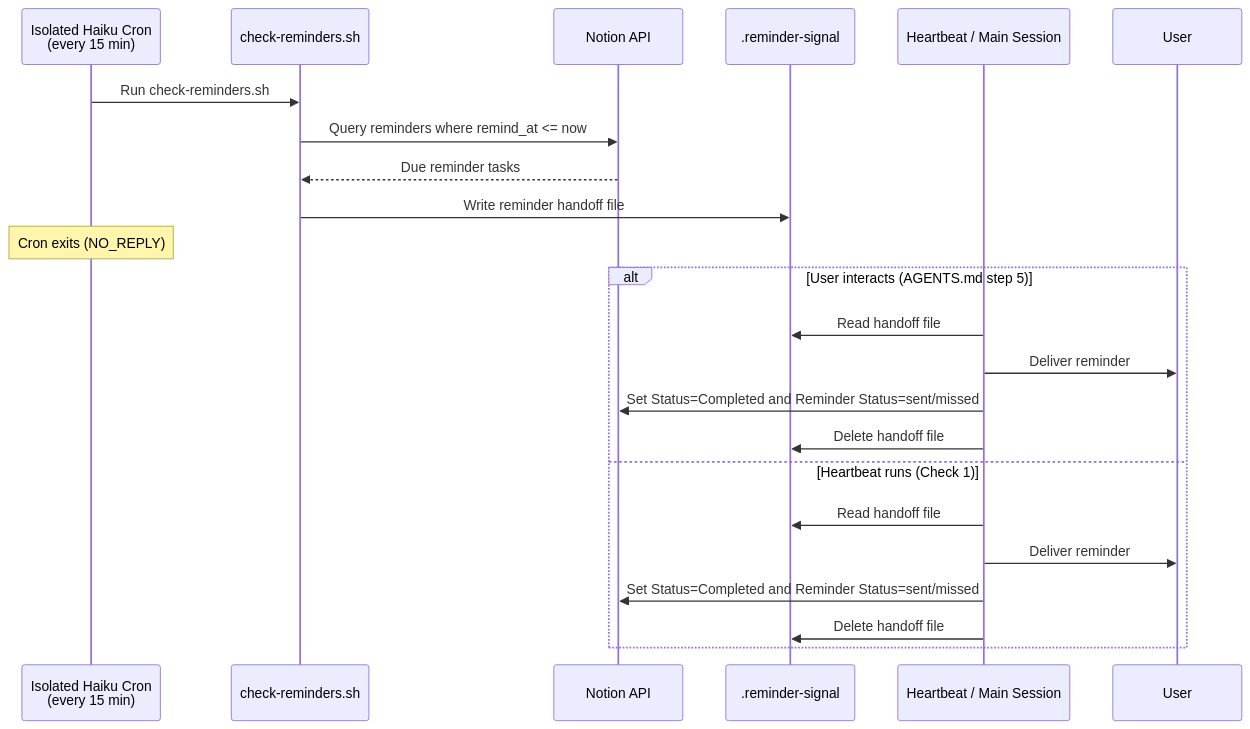
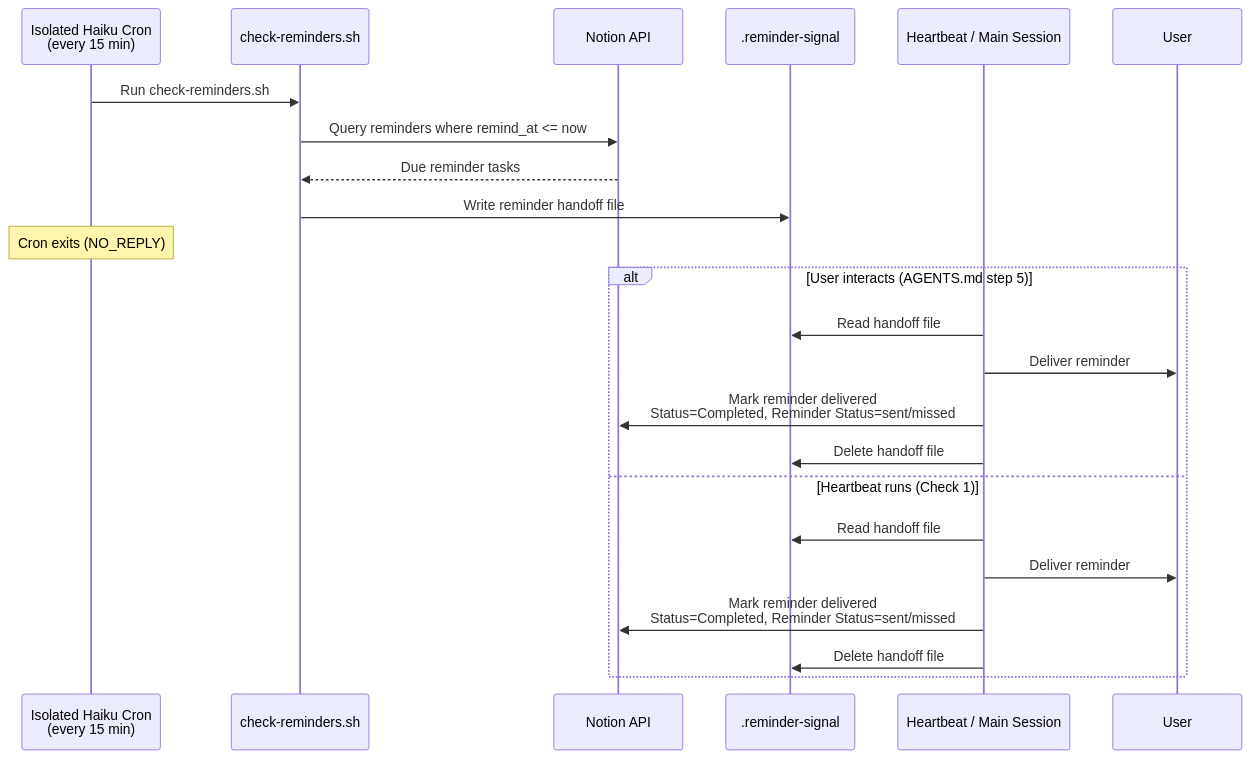
Before and after one commit to NickBorgersProbably/hide-my-list: the fifth of 6 diagrams in docs/architecture.md, drawn with Mermaid. The commit also changed other lines of this file and 6 other files, not shown here.

````diff
--- a/docs/architecture.md
+++ b/docs/architecture.md
@@ -198,26 +198,26 @@
 ```mermaid
 sequenceDiagram
     participant Cron as Isolated Haiku Cron<br/>(every 15 min)
     participant Script as check-reminders.sh
     participant Notion as Notion API
     participant Signal as .reminder-signal
     participant Delivery as Heartbeat / Main Session
     participant User
 
     Cron->>Script: Run check-reminders.sh
     Script->>Notion: Query reminders where remind_at <= now
     Notion-->>Script: Due reminder tasks
     Script->>Signal: Write reminder handoff file
     Note over Cron: Cron exits (NO_REPLY)
     alt User interacts (AGENTS.md step 5)
         Delivery->>Signal: Read handoff file
         Delivery->>User: Deliver reminder
-        Delivery->>Notion: Set Status=Completed and Reminder Status=sent/missed
+        Delivery->>Notion: Mark reminder delivered<br/>Status=Completed, Reminder Status=sent/missed
         Delivery->>Signal: Delete handoff file
     else Heartbeat runs (Check 1)
         Delivery->>Signal: Read handoff file
         Delivery->>User: Deliver reminder
-        Delivery->>Notion: Set Status=Completed and Reminder Status=sent/missed
+        Delivery->>Notion: Mark reminder delivered<br/>Status=Completed, Reminder Status=sent/missed
         Delivery->>Signal: Delete handoff file
     end
 ```
````
